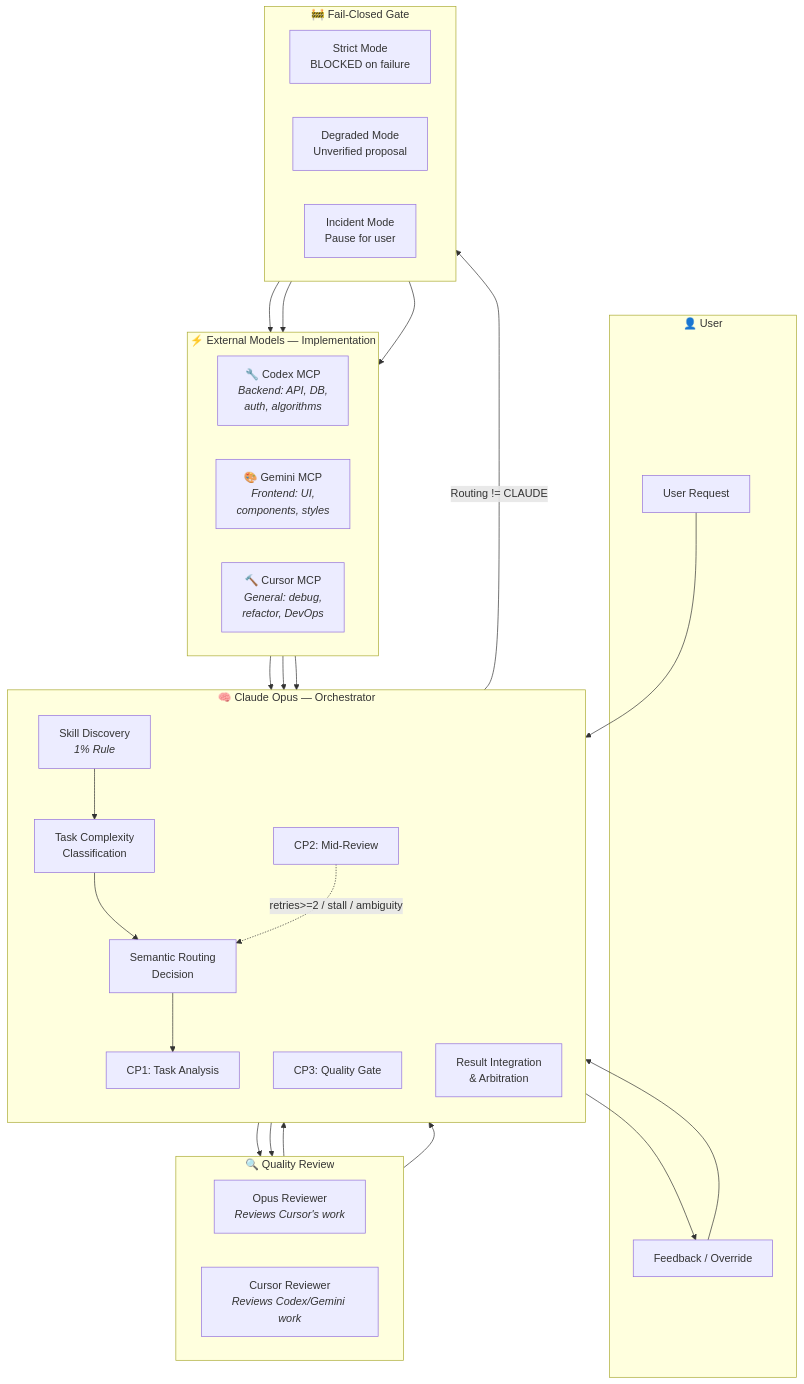
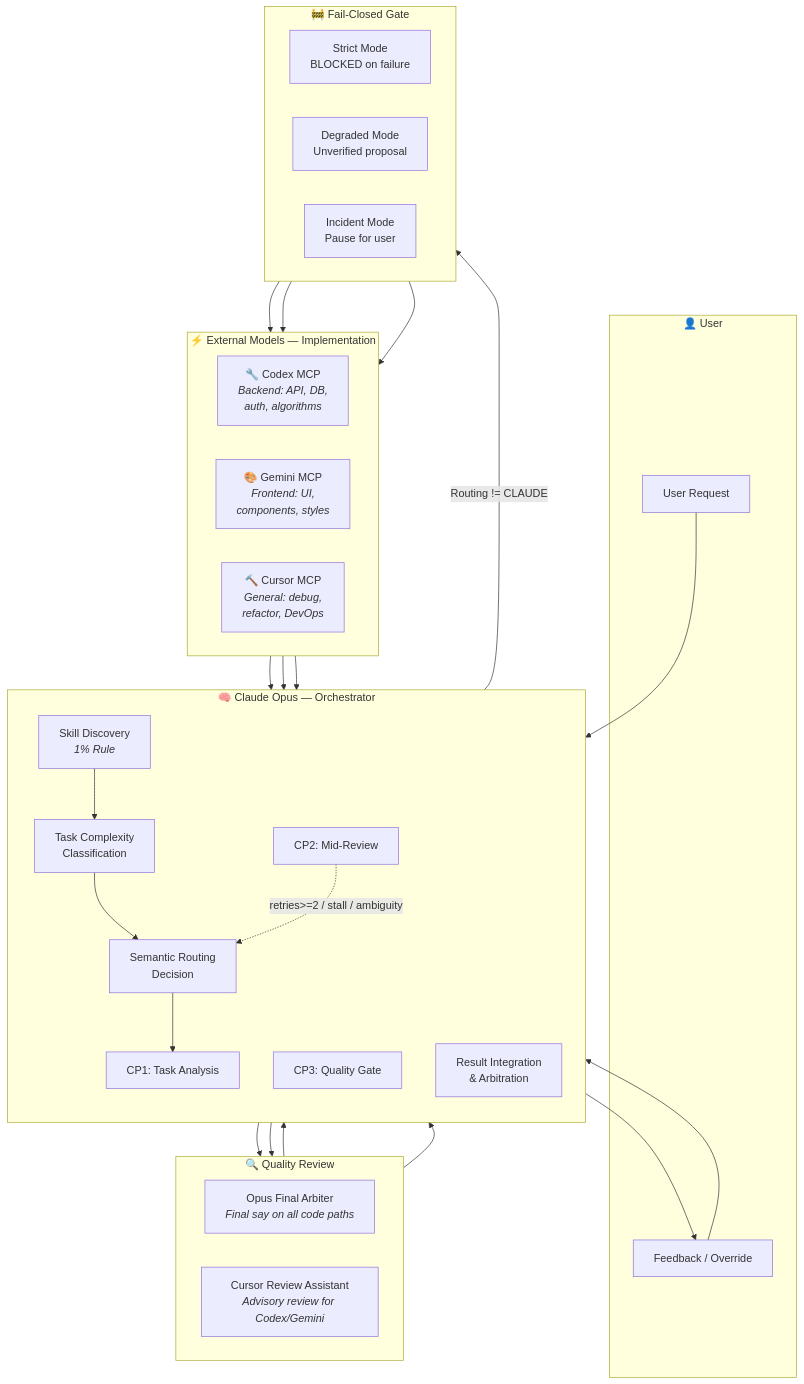
Before and after one commit to sitien173/refract: the first of 6 diagrams in plugin/docs/diagrams/cccg-workflow-architecture.md, drawn with Mermaid. The commit also changed other lines of this file and 14 other files, not shown here.

Commit message:
docs: make Opus final arbiter for review flow

````diff
--- a/plugin/docs/diagrams/cccg-workflow-architecture.md
+++ b/plugin/docs/diagrams/cccg-workflow-architecture.md
@@ -10,56 +10,56 @@
 ```mermaid
 graph TB
     subgraph USER["👤 User"]
         REQ[User Request]
         FB[Feedback / Override]
     end
 
     subgraph CLAUDE["🧠 Claude Opus — Orchestrator"]
         direction TB
         SKILL[Skill Discovery<br><i>1% Rule</i>]
         CLASSIFY[Task Complexity<br>Classification]
         ROUTE[Semantic Routing<br>Decision]
         CP1[CP1: Task Analysis]
         CP2[CP2: Mid-Review]
         CP3[CP3: Quality Gate]
         INTEGRATE[Result Integration<br>& Arbitration]
     end
 
     subgraph EXTERNAL["⚡ External Models — Implementation"]
         direction LR
         CODEX["🔧 Codex MCP<br><i>Backend: API, DB,<br>auth, algorithms</i>"]
         GEMINI["🎨 Gemini MCP<br><i>Frontend: UI,<br>components, styles</i>"]
         CURSOR["🔨 Cursor MCP<br><i>General: debug,<br>refactor, DevOps</i>"]
     end
 
     subgraph REVIEW["🔍 Quality Review"]
         direction LR
-        OPUS_REV["Opus Reviewer<br><i>Reviews Cursor's work</i>"]
-        CURSOR_REV["Cursor Reviewer<br><i>Reviews Codex/Gemini work</i>"]
+        OPUS_REV["Opus Final Arbiter<br><i>Final say on all code paths</i>"]
+        CURSOR_REV["Cursor Review Assistant<br><i>Advisory review for Codex/Gemini</i>"]
     end
 
     subgraph GATE["🚧 Fail-Closed Gate"]
         STRICT[Strict Mode<br>BLOCKED on failure]
         DEGRADED[Degraded Mode<br>Unverified proposal]
         INCIDENT[Incident Mode<br>Pause for user]
     end
 
     REQ --> SKILL
     SKILL --> CLASSIFY
     CLASSIFY --> ROUTE
     ROUTE --> CP1
     CP1 -->|"Routing != CLAUDE"| GATE
     GATE --> CODEX
     GATE --> GEMINI
     GATE --> CURSOR
     CODEX --> CP3
     GEMINI --> CP3
     CURSOR --> CP3
     CP3 --> CURSOR_REV
     CP3 --> OPUS_REV
     CURSOR_REV --> INTEGRATE
     OPUS_REV --> INTEGRATE
     INTEGRATE --> FB
     FB --> CLAUDE
     CP2 -.->|"retries>=2 / stall / ambiguity"| ROUTE
 ```
````
